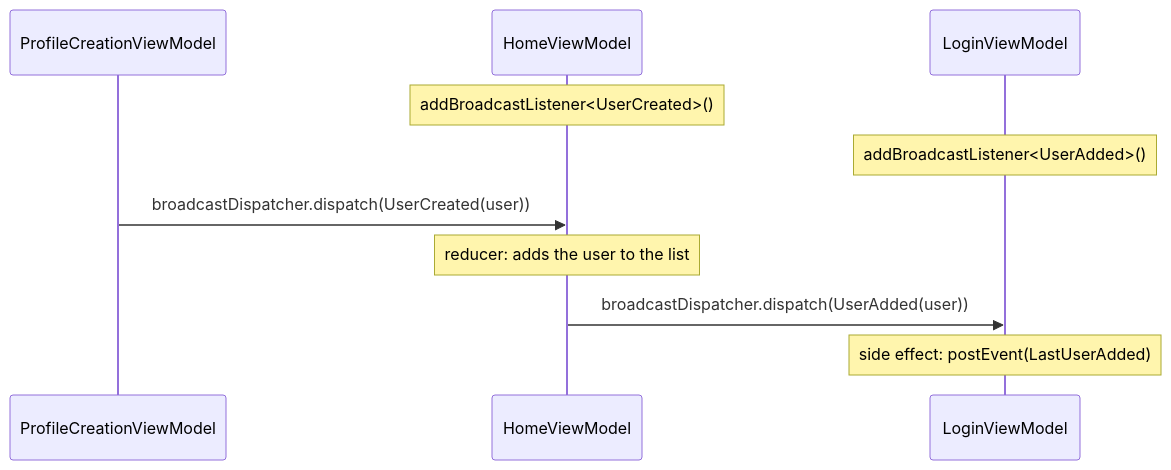
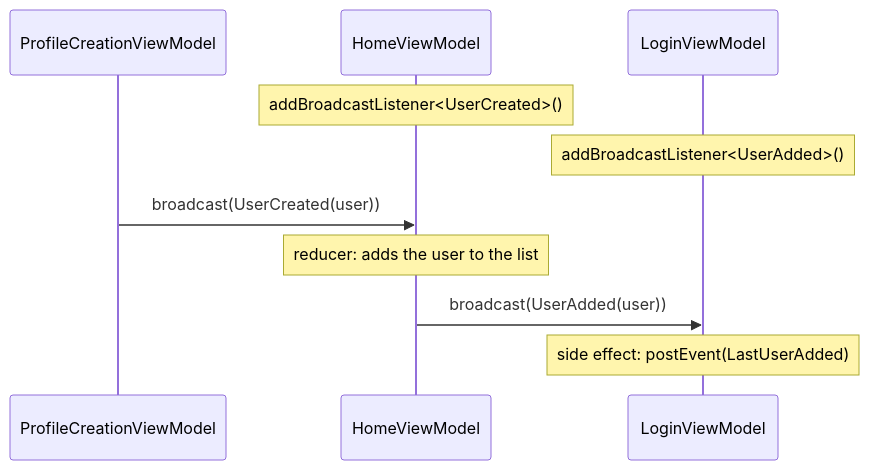
Before and after one commit to carmabs/Ema: the first of 2 diagrams in docs/guides/results-between-screens.md, drawn with Mermaid. The commit also changed other lines of this file and 80 other files, not shown here.

````diff
--- a/docs/guides/results-between-screens.md
+++ b/docs/guides/results-between-screens.md
@@ -13,12 +13,12 @@
 ```mermaid
 sequenceDiagram
     participant P as ProfileCreationViewModel
     participant H as HomeViewModel
     participant L as LoginViewModel
     Note over H: addBroadcastListener<UserCreated>()
     Note over L: addBroadcastListener<UserAdded>()
-    P->>H: broadcastDispatcher.dispatch(UserCreated(user))
+    P->>H: broadcast(UserCreated(user))
     Note over H: reducer: adds the user to the list
-    H->>L: broadcastDispatcher.dispatch(UserAdded(user))
+    H->>L: broadcast(UserAdded(user))
     Note over L: side effect: postEvent(LastUserAdded)
 ```
````
